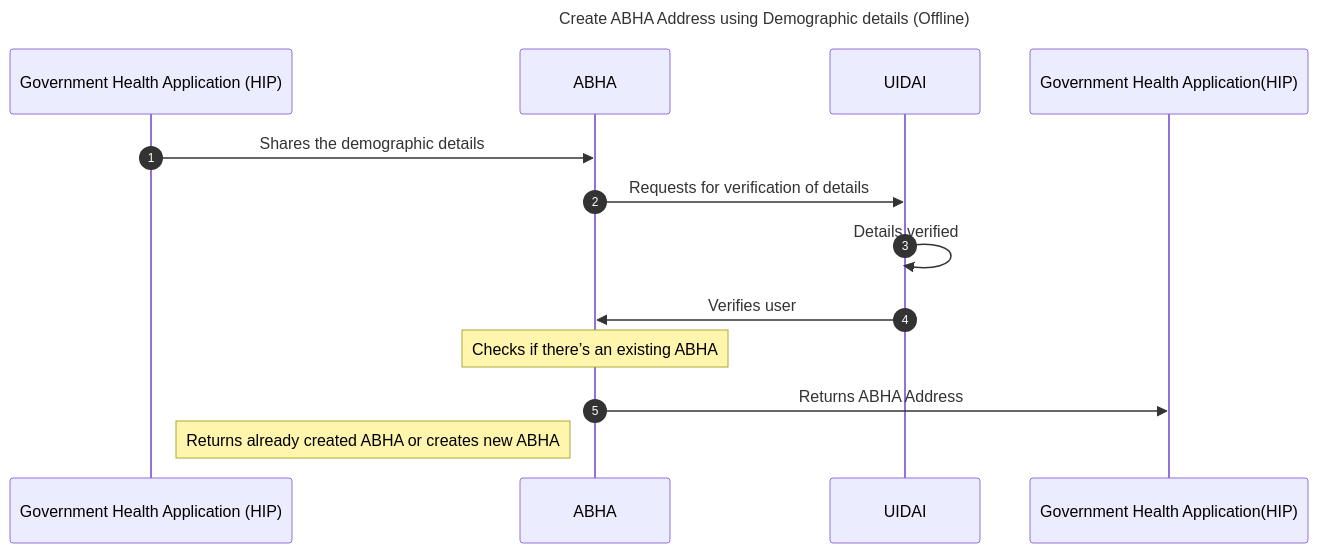
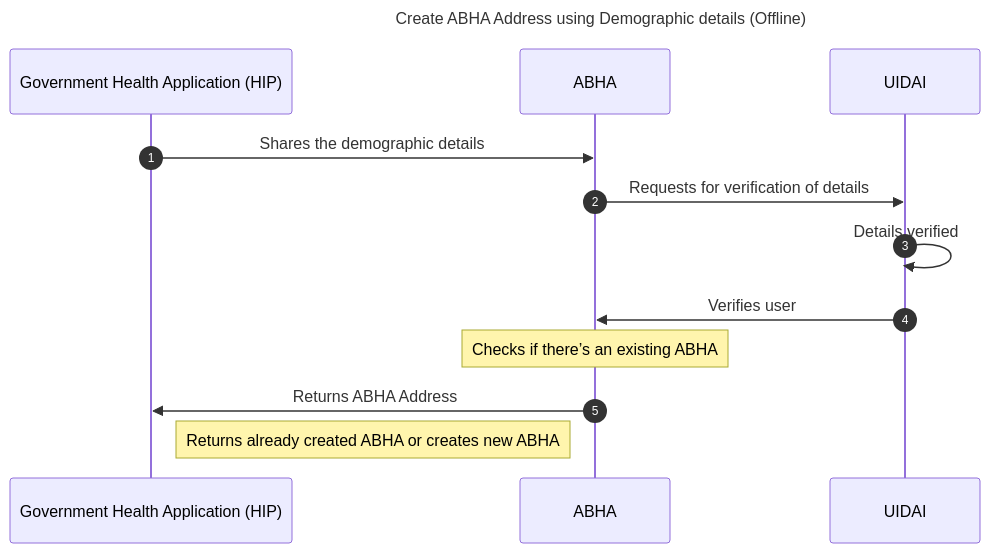
The diagram in content/2-milestone1/abha-number/aadhar-demographic.md (kiranma72/abdm-docs), drawn with Mermaid before and after one commit.

Commit message:
abha number demo seq diag cosmetic change

```diff
--- a/content/2-milestone1/abha-number/aadhar-demographic.md
+++ b/content/2-milestone1/abha-number/aadhar-demographic.md
@@ -55,12 +55,12 @@
 {{< mermaid >}}
 %%{init:{"fontSize": "1.0rem", "sequence":{"showSequenceNumbers":true}}}%%
 sequenceDiagram
 title Create ABHA Address using Demographic details (Offline)
 Government Health Application (HIP)->>ABHA:Shares the demographic details
 ABHA->>UIDAI:Requests for verification of details
 UIDAI->>UIDAI:Details verified
 UIDAI->>ABHA:Verifies user
 Note over ABHA:Checks if there’s an existing ABHA
-ABHA->>Government Health Application(HIP): Returns ABHA Address
+ABHA->>Government Health Application (HIP): Returns ABHA Address
 Note right of Government Health Application (HIP):Returns already created ABHA or creates new ABHA
 {{< /mermaid >}}
```
